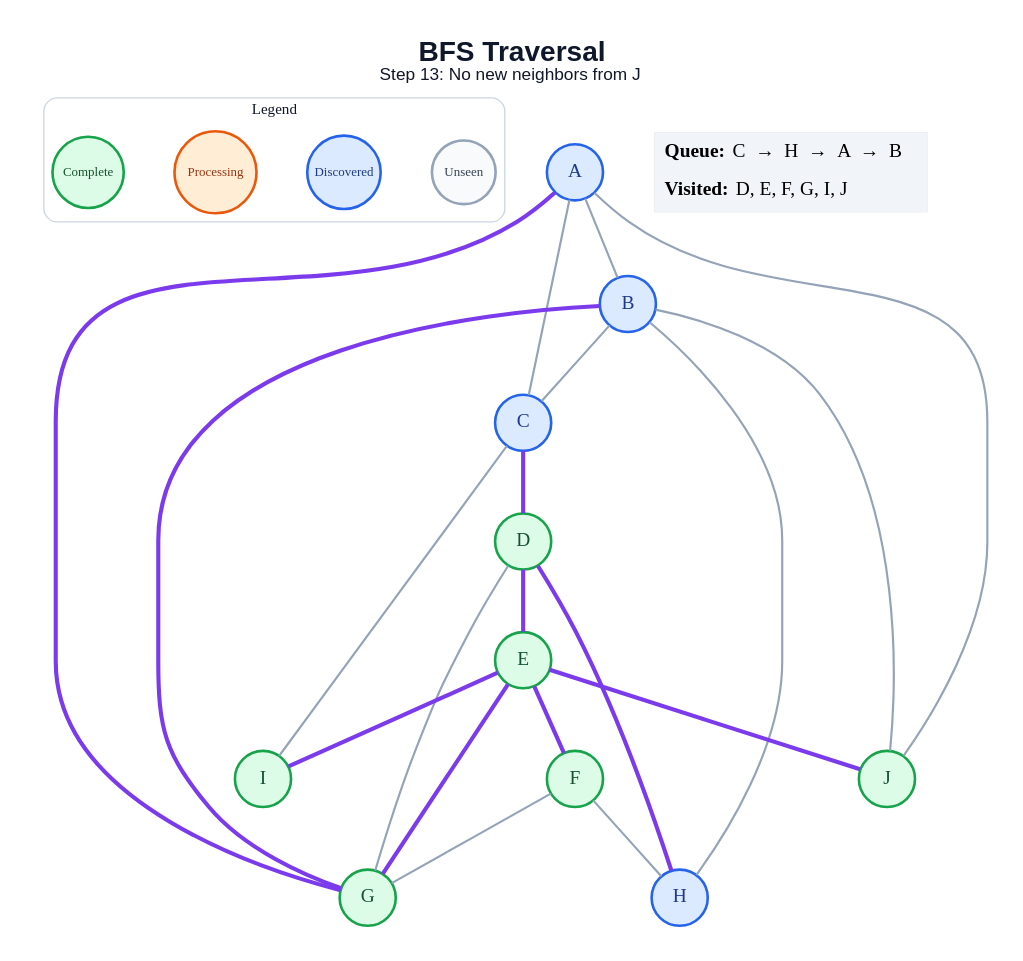
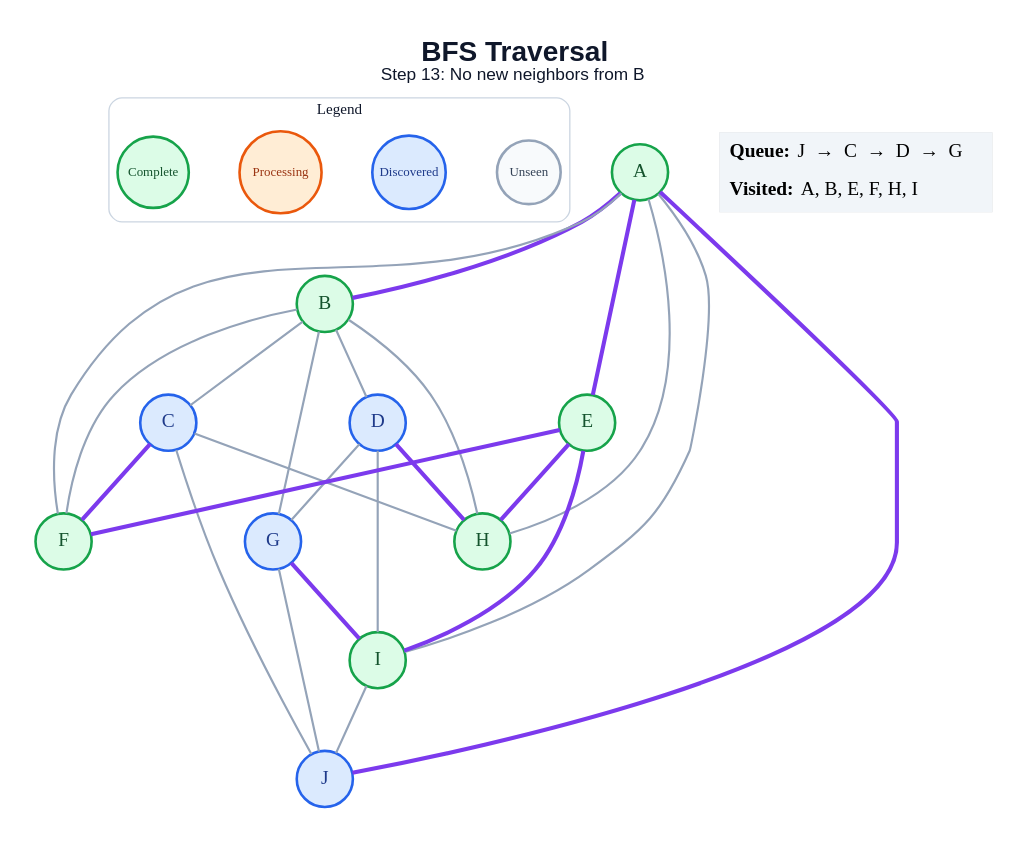
The diagram in generated/specific-node/bfs/step_13.dot (amanghodawala9/ai-slop), drawn with Graphviz before and after one commit. The commit also changed 178 other files, not shown here.

```diff
--- a/generated/specific-node/bfs/step_13.dot
+++ b/generated/specific-node/bfs/step_13.dot
@@ -1,48 +1,52 @@
 graph traversal {
   graph [layout=dot, rankdir=TB, bgcolor="#FFFFFF", pad="0.35", nodesep="0.65", ranksep="0.8", fontname="Arial"];
   node [shape=circle, style="filled", fontname="Arial Bold", fontsize=18, width=0.72, fixedsize=true, penwidth=2.4];
   edge [color="#94A3B8", penwidth=2.0];
-  label=<<B>BFS Traversal</B><BR/><FONT POINT-SIZE="16">Step 13: No new neighbors from J</FONT>>; labelloc="t"; fontsize=26; fontname="Arial"; fontcolor="#0F172A";
+  label=<<B>BFS Traversal</B><BR/><FONT POINT-SIZE="16">Step 13: No new neighbors from B</FONT>>; labelloc="t"; fontsize=26; fontname="Arial"; fontcolor="#0F172A";
   subgraph cluster_legend { label="Legend"; color="#CBD5E1"; penwidth=1.2; style="rounded"; fontsize=14; fontname="Arial Bold";
     key_unseen [label="Unseen", fillcolor="#F8FAFC", color="#94A3B8", fontcolor="#334155", fontsize=12, width=0.82];
     key_frontier [label="Discovered", fillcolor="#DBEAFE", color="#2563EB", fontcolor="#1E3A8A", fontsize=12, width=0.95];
     key_current [label="Processing", fillcolor="#FFEDD5", color="#EA580C", fontcolor="#9A3412", fontsize=12, width=1.05];
     key_done [label="Complete", fillcolor="#DCFCE7", color="#16A34A", fontcolor="#14532D", fontsize=12, width=0.92];
     { rank=same; key_unseen; key_frontier; key_current; key_done; }
   }
-  A [fillcolor="#DBEAFE", color="#2563EB", fontcolor="#1E3A8A"];
-  B [fillcolor="#DBEAFE", color="#2563EB", fontcolor="#1E3A8A"];
+  A [fillcolor="#DCFCE7", color="#16A34A", fontcolor="#14532D"];
+  B [fillcolor="#DCFCE7", color="#16A34A", fontcolor="#14532D"];
   C [fillcolor="#DBEAFE", color="#2563EB", fontcolor="#1E3A8A"];
-  D [fillcolor="#DCFCE7", color="#16A34A", fontcolor="#14532D"];
+  D [fillcolor="#DBEAFE", color="#2563EB", fontcolor="#1E3A8A"];
   E [fillcolor="#DCFCE7", color="#16A34A", fontcolor="#14532D"];
   F [fillcolor="#DCFCE7", color="#16A34A", fontcolor="#14532D"];
-  G [fillcolor="#DCFCE7", color="#16A34A", fontcolor="#14532D"];
-  H [fillcolor="#DBEAFE", color="#2563EB", fontcolor="#1E3A8A"];
+  G [fillcolor="#DBEAFE", color="#2563EB", fontcolor="#1E3A8A"];
+  H [fillcolor="#DCFCE7", color="#16A34A", fontcolor="#14532D"];
   I [fillcolor="#DCFCE7", color="#16A34A", fontcolor="#14532D"];
-  J [fillcolor="#DCFCE7", color="#16A34A", fontcolor="#14532D"];
-  A -- B;
-  A -- C;
-  A -- G [color="#7C3AED", penwidth=3.8];
-  A -- J;
+  J [fillcolor="#DBEAFE", color="#2563EB", fontcolor="#1E3A8A"];
+  A -- B [color="#7C3AED", penwidth=3.8];
+  A -- E [color="#7C3AED", penwidth=3.8];
+  A -- F;
+  A -- H;
+  A -- I;
+  A -- J [color="#7C3AED", penwidth=3.8];
   B -- C;
-  B -- G [color="#7C3AED", penwidth=3.8];
+  B -- D;
+  B -- F;
+  B -- G;
   B -- H;
-  B -- J;
-  C -- D [color="#7C3AED", penwidth=3.8];
-  C -- I;
-  D -- E [color="#7C3AED", penwidth=3.8];
+  C -- F [color="#7C3AED", penwidth=3.8];
+  C -- H;
+  C -- J;
   D -- G;
   D -- H [color="#7C3AED", penwidth=3.8];
+  D -- I;
   E -- F [color="#7C3AED", penwidth=3.8];
-  E -- G [color="#7C3AED", penwidth=3.8];
+  E -- H [color="#7C3AED", penwidth=3.8];
   E -- I [color="#7C3AED", penwidth=3.8];
-  E -- J [color="#7C3AED", penwidth=3.8];
-  F -- G;
-  F -- H;
+  G -- I [color="#7C3AED", penwidth=3.8];
+  G -- J;
+  I -- J;
   status [shape=plain, fixedsize=false, width=0, height=0, margin=0, label=<
     <TABLE BORDER="0" CELLBORDER="0" CELLPADDING="7" BGCOLOR="#F1F5F9">
-      <TR><TD ALIGN="LEFT"><B>Queue:</B> C  →  H  →  A  →  B</TD></TR>
-      <TR><TD ALIGN="LEFT"><B>Visited:</B> D, E, F, G, I, J</TD></TR>
+      <TR><TD ALIGN="LEFT"><B>Queue:</B> J  →  C  →  D  →  G</TD></TR>
+      <TR><TD ALIGN="LEFT"><B>Visited:</B> A, B, E, F, H, I</TD></TR>
     </TABLE>
   >];
 }
```
